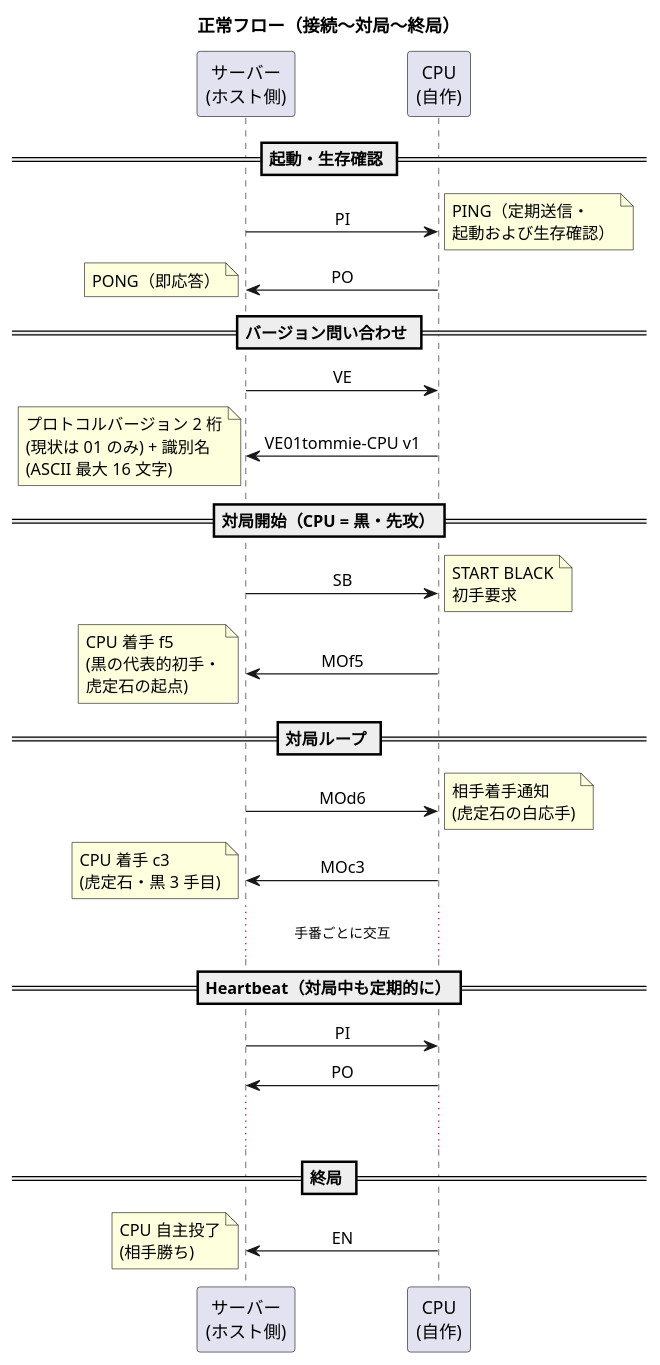
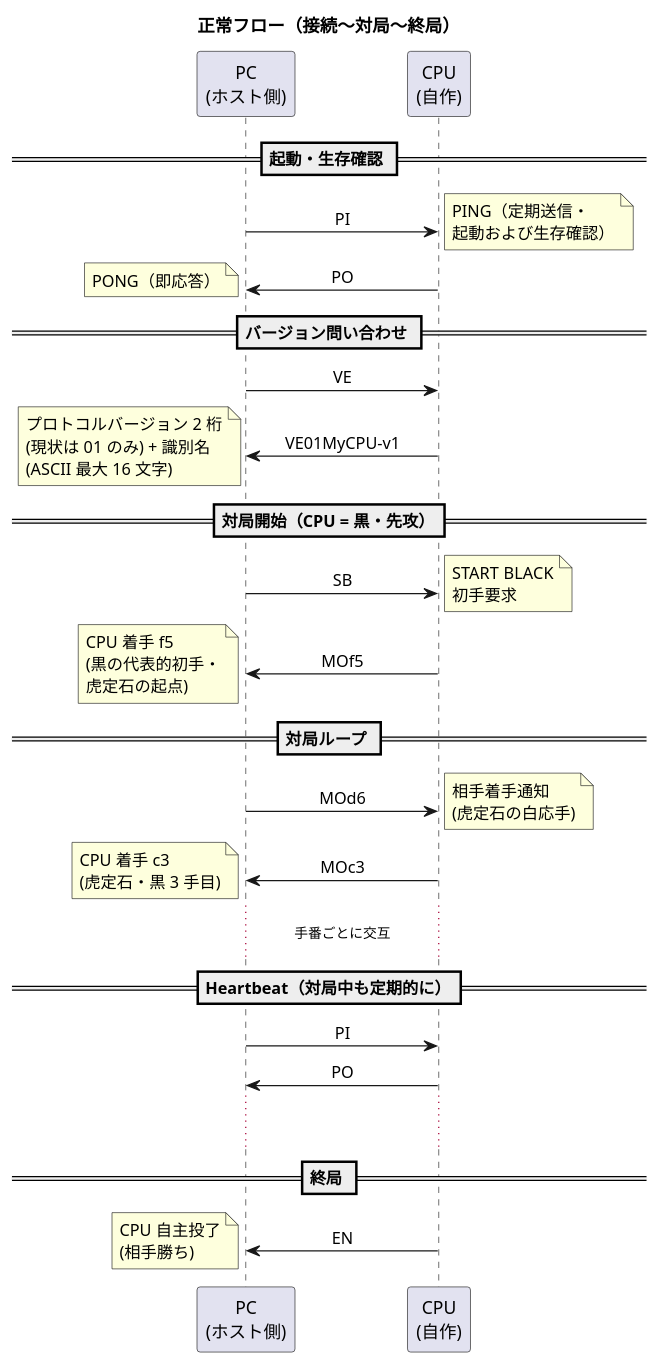
One commit to open-tommie/reversi-uart-protocol changed the diagram in flow-normal.puml. Above: the diagram before and after it, drawn with PlantUML. The commit also changed 14 other files, not shown here.

```diff
--- a/flow-normal.puml
+++ b/flow-normal.puml
@@ -1,47 +1,47 @@
 @startuml 61-flow-normal
 title 正常フロー（接続〜対局〜終局）
 
 skinparam shadowing false
 skinparam sequenceMessageAlign center
 skinparam ParticipantPadding 40
 
-participant "サーバー\n(ホスト側)" as S
+participant "PC\n(ホスト側)" as S
 participant "CPU\n(自作)" as C
 
 == 起動・生存確認 ==
 S -> C : PI
 note right : PING（定期送信・\n起動および生存確認）
 C -> S : PO
 note left : PONG（即応答）
 
 == バージョン問い合わせ ==
 S -> C : VE
-C -> S : VE01tommie-CPU v1
+C -> S : VE01MyCPU-v1
 note left : プロトコルバージョン 2 桁\n(現状は 01 のみ) + 識別名\n(ASCII 最大 16 文字)
 
 == 対局開始（CPU = 黒・先攻）==
 S -> C : SB
 note right : START BLACK\n初手要求
 C -> S : MOf5
 note left : CPU 着手 f5\n(黒の代表的初手・\n虎定石の起点)
 
 == 対局ループ ==
 S -> C : MOd6
 note right : 相手着手通知\n(虎定石の白応手)
 C -> S : MOc3
 note left : CPU 着手 c3\n(虎定石・黒 3 手目)
 ... 手番ごとに交互 ...
 
 == Heartbeat（対局中も定期的に）==
 S -> C : PI
 C -> S : PO
 
 ... ...
 
 == 終局 ==
 C -> S : EN
 note left : CPU 自主投了\n(相手勝ち)
 ' または
-' S -> C : EB/EW/ED : サーバー判定の終局通知
+' S -> C : EB/EW/ED : PC 判定の終局通知
 
 @enduml
```
